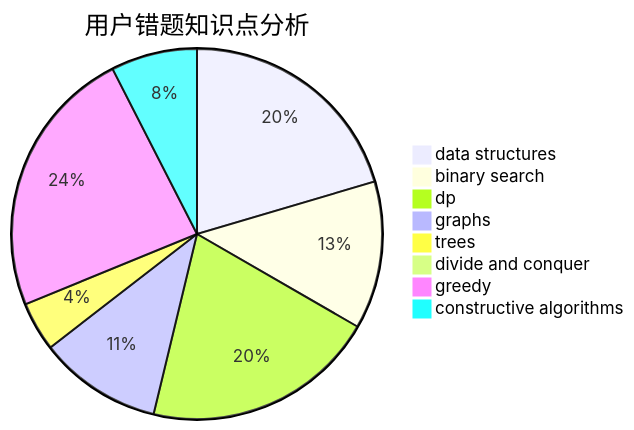
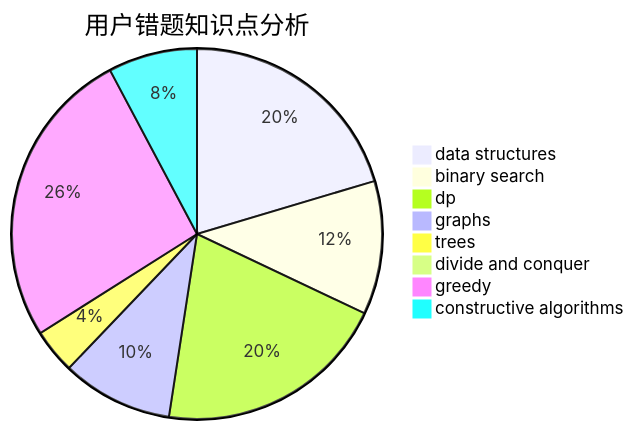
One commit to sherpahu/cfrs.github.io changed the third of 3 diagrams in docs/user/u1403.md. Above: the diagram before and after it, drawn with Mermaid. The commit also changed other lines of this file and 2770 other files, not shown here.

````diff
--- a/docs/user/u1403.md
+++ b/docs/user/u1403.md
@@ -36,11 +36,11 @@
 ```mermaid
 pie title 用户错题知识点分析
-    "data structures" :  19
+    "data structures" :  21
     "binary search" :  12
-    "dp" :  19
+    "dp" :  21
     "graphs" :  10
     "trees" :  4
     "divide and conquer" :  0
-    "greedy" :  22
-    "constructive algorithms" :  7
+    "greedy" :  27
+    "constructive algorithms" :  8
 ```
````
